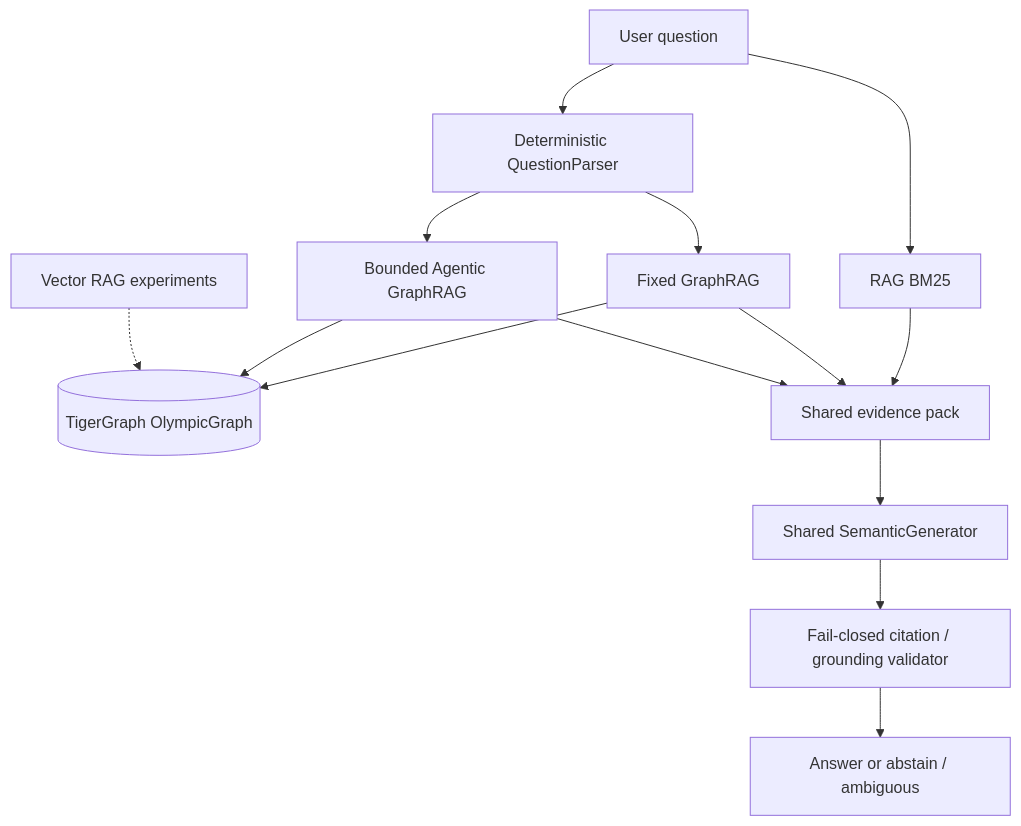
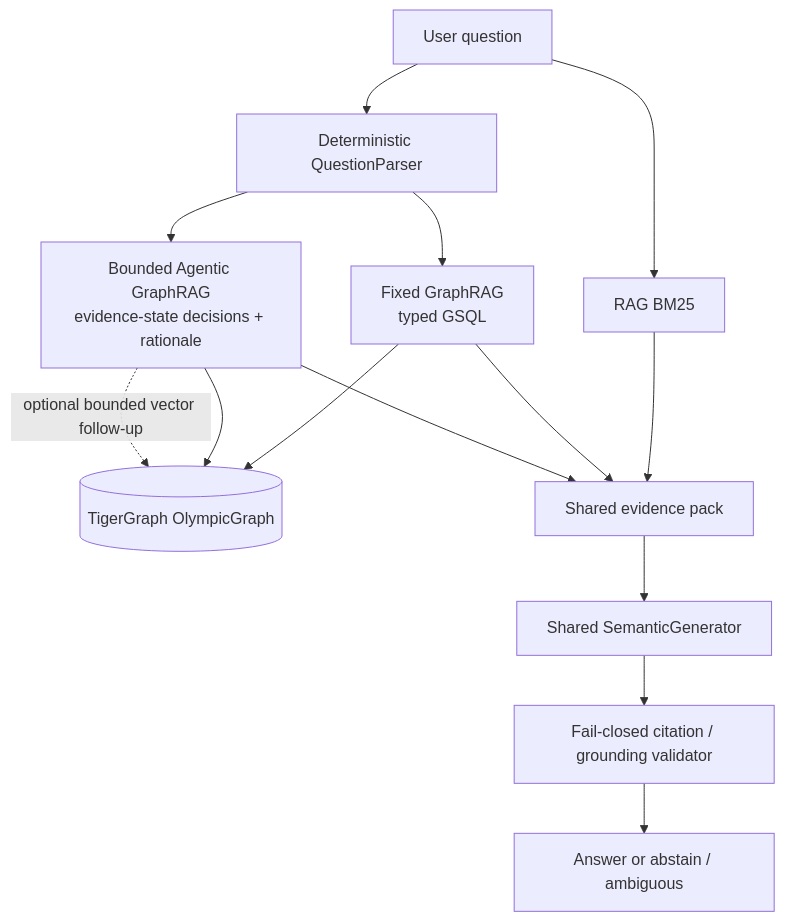
The diagram in README.md (Rachit168/tigergraph-hackathon), drawn with Mermaid before and after one commit. The commit also changed other lines of this file and 31 other files, not shown here.

````diff
--- a/README.md
+++ b/README.md
@@ -28,16 +30,16 @@
 ```mermaid
 flowchart TD
   Q[User question] --> R[RAG BM25]
   Q --> P[Deterministic QuestionParser]
-  P --> G[Fixed GraphRAG]
-  P --> A[Bounded Agentic GraphRAG]
+  P --> G[Fixed GraphRAG<br/>typed GSQL]
+  P --> A[Bounded Agentic GraphRAG<br/>evidence-state decisions + rationale]
   G --> TG[(TigerGraph OlympicGraph)]
   A --> TG
   R --> E[Shared evidence pack]
   G --> E
   A --> E
   E --> S[Shared SemanticGenerator]
   S --> V[Fail-closed citation / grounding validator]
   V --> ANS[Answer or abstain / ambiguous]
-  EXP[Vector RAG experiments] -.-> TG
+  A -.->|optional bounded vector follow-up| TG
 ```
````
